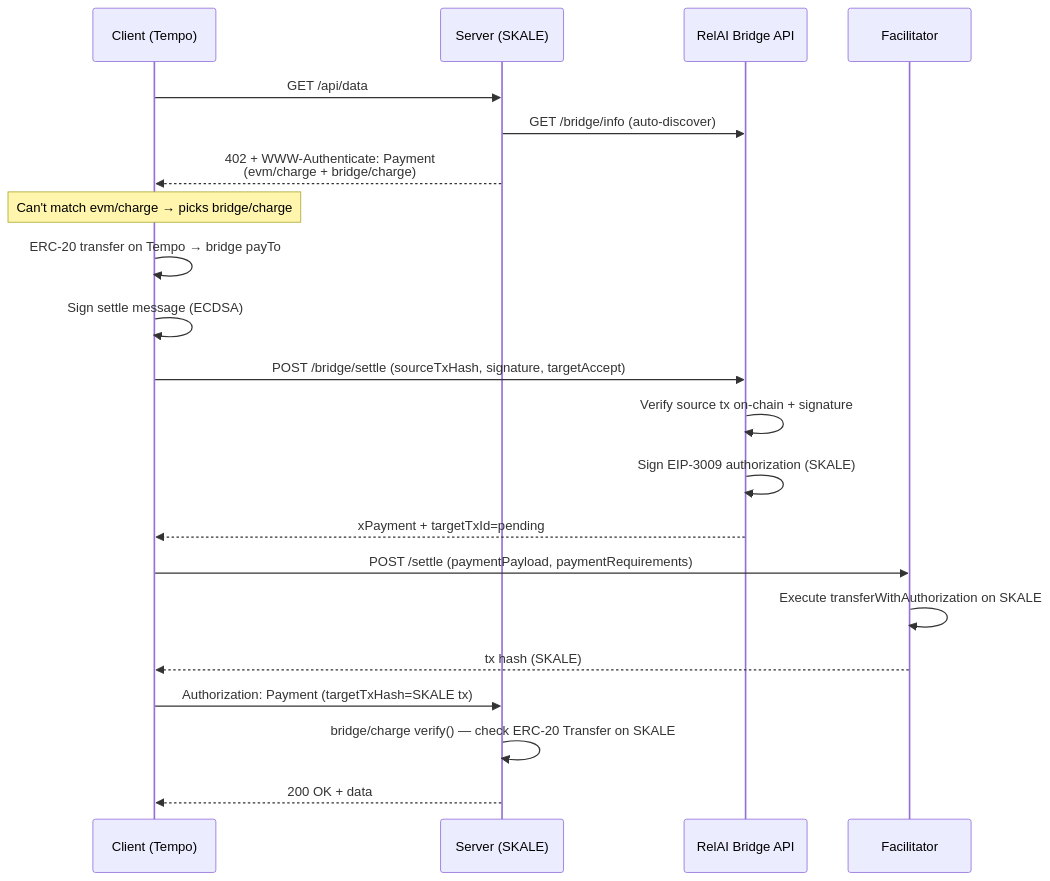
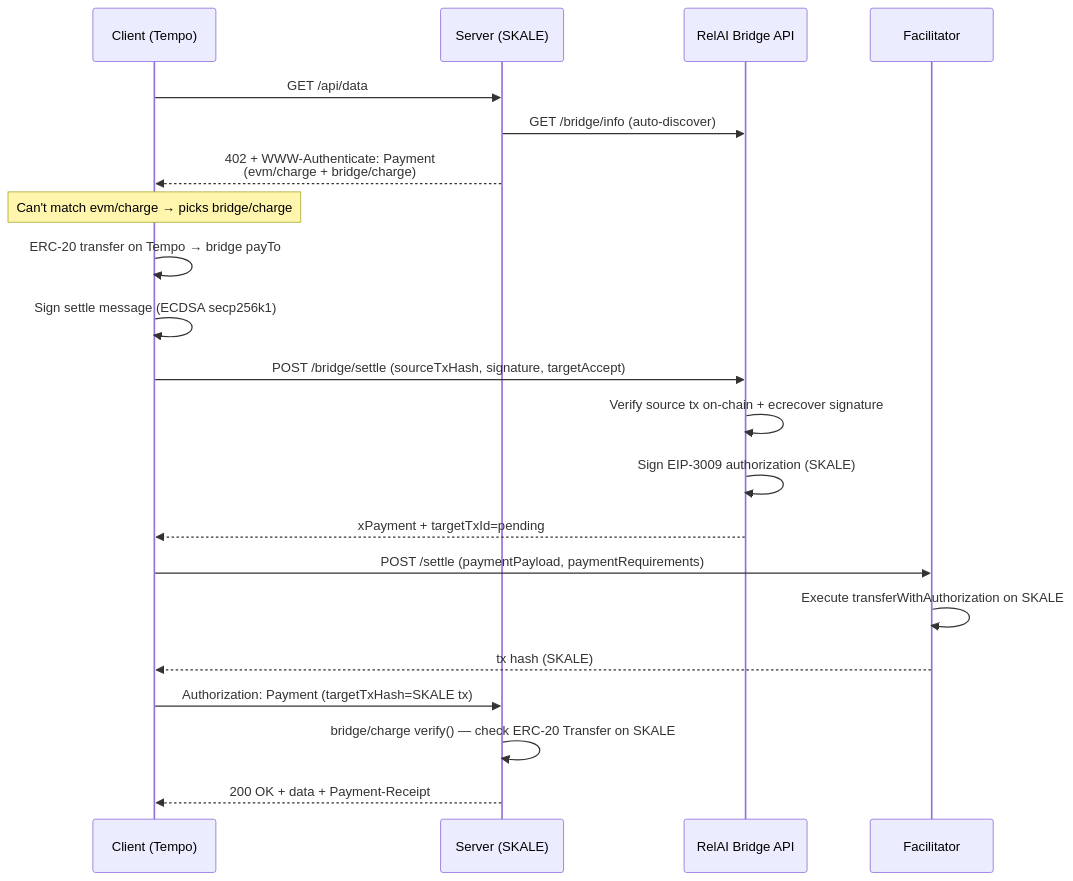
One commit to web3luka/relai-sdk changed the fourth of 5 diagrams in README.md. Above: the diagram before and after it, drawn with Mermaid. The commit also changed other lines of this file and 15 other files, not shown here.

First line of the commit message:
feat: add cross-chain bridge tests, x402 examples, and EVM improvements

````diff
--- a/README.md
+++ b/README.md
@@ -1561,28 +1598,28 @@
 ```mermaid
 sequenceDiagram
     participant Client as Client (Tempo)
     participant Server as Server (SKALE)
     participant Bridge as RelAI Bridge API
     participant Facilitator as Facilitator
 
     Client->>Server: GET /api/data
     Server->>Bridge: GET /bridge/info (auto-discover)
     Server-->>Client: 402 + WWW-Authenticate: Payment<br/>(evm/charge + bridge/charge)
 
     Note over Client: Can't match evm/charge → picks bridge/charge
 
     Client->>Client: ERC-20 transfer on Tempo → bridge payTo
-    Client->>Client: Sign settle message (ECDSA)
+    Client->>Client: Sign settle message (ECDSA secp256k1)
     Client->>Bridge: POST /bridge/settle (sourceTxHash, signature, targetAccept)
-    Bridge->>Bridge: Verify source tx on-chain + signature
+    Bridge->>Bridge: Verify source tx on-chain + ecrecover signature
     Bridge->>Bridge: Sign EIP-3009 authorization (SKALE)
     Bridge-->>Client: xPayment + targetTxId=pending
 
     Client->>Facilitator: POST /settle (paymentPayload, paymentRequirements)
     Facilitator->>Facilitator: Execute transferWithAuthorization on SKALE
     Facilitator-->>Client: tx hash (SKALE)
 
     Client->>Server: Authorization: Payment (targetTxHash=SKALE tx)
     Server->>Server: bridge/charge verify() — check ERC-20 Transfer on SKALE
-    Server-->>Client: 200 OK + data
+    Server-->>Client: 200 OK + data + Payment-Receipt
 ```
````
